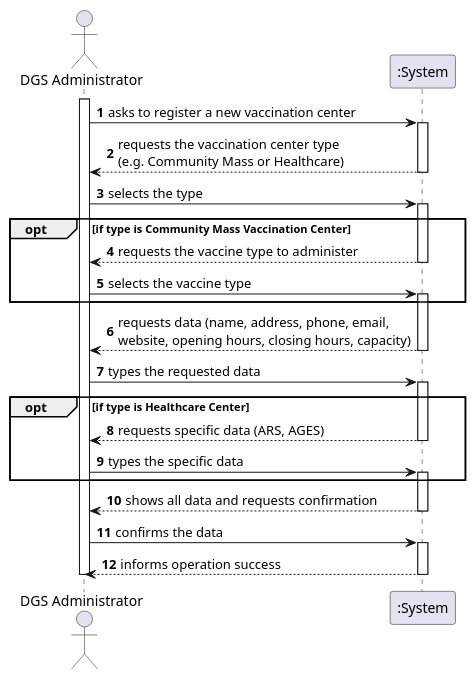
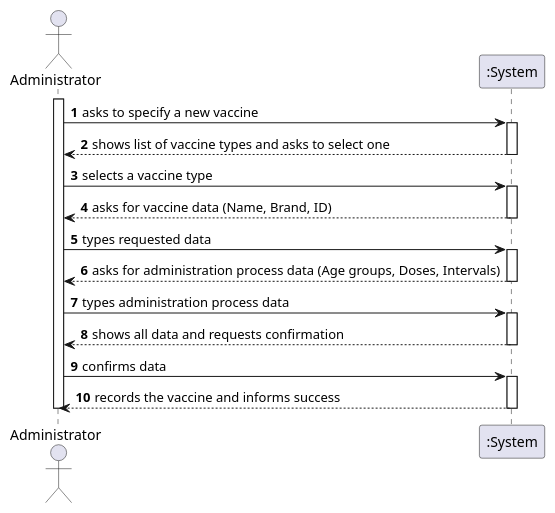
The diagram in project-template/docs/sprint3/US13/puml/US13-SSD.puml (afonso51111/leti-esoft-25-26-A33), drawn with PlantUML before and after one commit. The commit also changed 201 other files, not shown here.

```diff
--- a/project-template/docs/sprint3/US13/puml/US13-SSD.puml
+++ b/project-template/docs/sprint3/US13/puml/US13-SSD.puml
@@ -1,47 +1,34 @@
 @startuml
 autonumber
-actor "DGS Administrator" as Admin
+actor "Administrator" as Admin
 participant ":System" as System
 
 activate Admin
 
-Admin -> System : asks to register a new vaccination center
+Admin -> System : asks to specify a new vaccine
 activate System
-
-System --> Admin : requests the vaccination center type \n(e.g. Community Mass or Healthcare)
+System --> Admin : shows list of vaccine types and asks to select one
 deactivate System
 
-Admin -> System : selects the type
+Admin -> System : selects a vaccine type
 activate System
-
-opt if type is Community Mass Vaccination Center
-    System --> Admin : requests the vaccine type to administer
-    deactivate System
-    Admin -> System : selects the vaccine type
-    activate System
-end
-
-System --> Admin : requests data (name, address, phone, email, \nwebsite, opening hours, closing hours, capacity)
+System --> Admin : asks for vaccine data (Name, Brand, ID)
 deactivate System
 
-Admin -> System : types the requested data
+Admin -> System : types requested data
 activate System
+System --> Admin : asks for administration process data (Age groups, Doses, Intervals)
+deactivate System
 
-opt if type is Healthcare Center
-    System --> Admin : requests specific data (ARS, AGES)
-    deactivate System
-    Admin -> System : types the specific data
-    activate System
-end
-
+Admin -> System : types administration process data
+activate System
 System --> Admin : shows all data and requests confirmation
 deactivate System
 
-Admin -> System : confirms the data
+Admin -> System : confirms data
 activate System
-
-System --> Admin : informs operation success
+System --> Admin : records the vaccine and informs success
 deactivate System
 
 deactivate Admin
 @enduml
```
